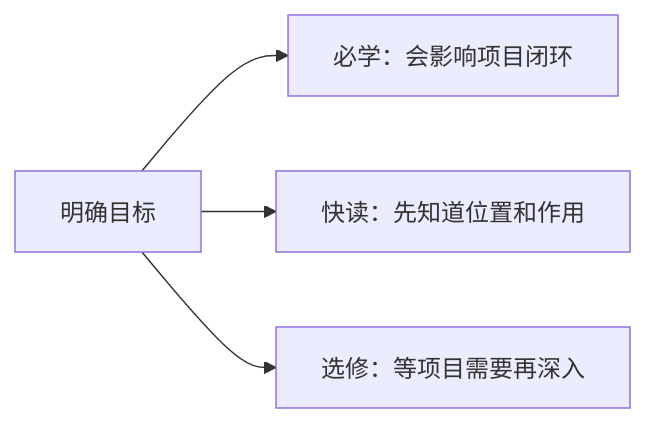
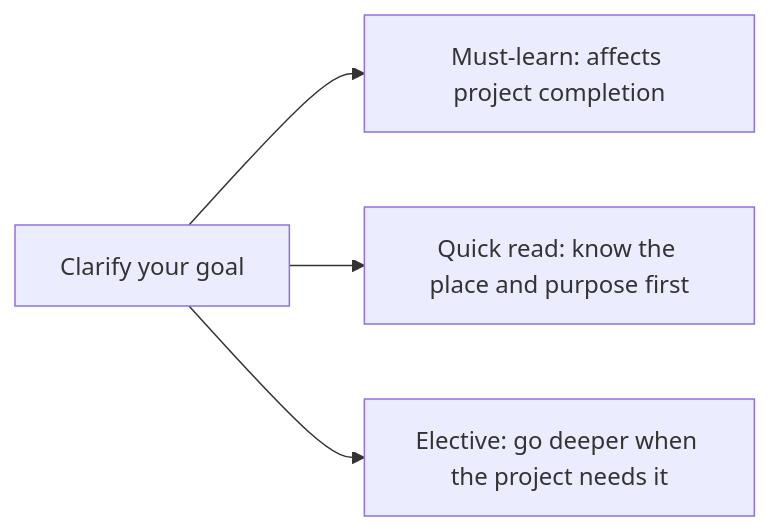
Before and after one commit to oudbiao/AI-fullstack-course: the diagram in docs/intro/learning-path-layers.md, drawn with Mermaid. The commit also changed other lines of this file and 1406 other files, not shown here.

````diff
--- a/docs/intro/learning-path-layers.md
+++ b/docs/intro/learning-path-layers.md
@@ -14,6 +14,6 @@
 ```mermaid
 flowchart LR
-  A["明确目标"] --> B["必学：会影响项目闭环"]
-  A --> C["快读：先知道位置和作用"]
-  A --> D["选修：等项目需要再深入"]
+  A["Clarify your goal"] --> B["Must-learn: affects project completion"]
+  A --> C["Quick read: know the place and purpose first"]
+  A --> D["Elective: go deeper when the project needs it"]
 ```
````
